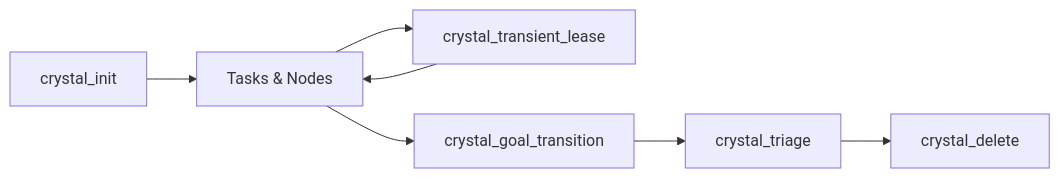
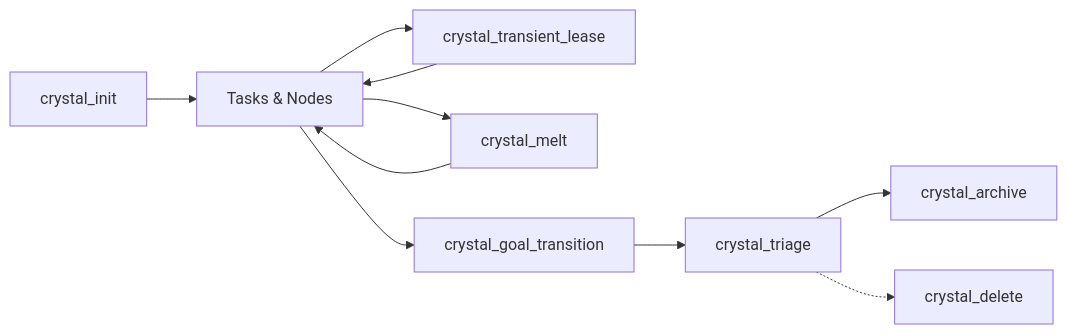
The diagram in docs/mcp/instructions.md (oswaldo/context-crystal), drawn with Mermaid before and after one commit. The commit also changed other lines of this file and 3 other files, not shown here.

````diff
--- a/docs/mcp/instructions.md
+++ b/docs/mcp/instructions.md
@@ -24,9 +24,12 @@
 ```mermaid
 flowchart LR
     Init[crystal_init] --> Work[Tasks & Nodes]
     Work --> Lease[crystal_transient_lease]
     Lease --> Work
+    Work --> Melt[crystal_melt]
+    Melt --> Work
     Work --> Conclude[crystal_goal_transition]
     Conclude --> Triage[crystal_triage]
-    Triage --> Delete[crystal_delete]
+    Triage --> Archive[crystal_archive]
+    Triage -.-> Delete[crystal_delete]
 ```
````
